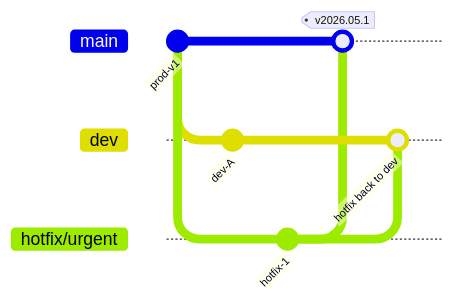
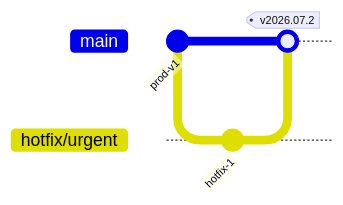
Before and after one commit to justin-fnx/overmind: the third of 3 diagrams in docs/git-branching-strategy.md, drawn with Mermaid. The commit also changed other lines of this file and 2 other files, not shown here.

````diff
--- a/docs/git-branching-strategy.md
+++ b/docs/git-branching-strategy.md
@@ -116,13 +135,8 @@
 ```mermaid
 gitGraph
    commit id: "prod-v1"
-   branch dev
-   commit id: "dev-A"
-   checkout main
    branch hotfix/urgent
    commit id: "hotfix-1"
    checkout main
-   merge hotfix/urgent tag: "v2026.05.1"
-   checkout dev
-   merge hotfix/urgent id: "hotfix back to dev"
+   merge hotfix/urgent tag: "v2026.07.2"
 ```
````
